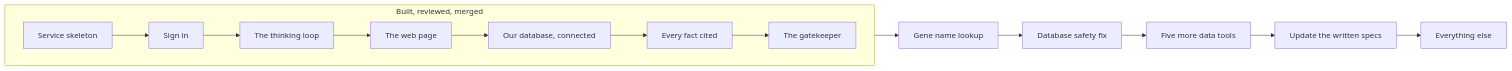
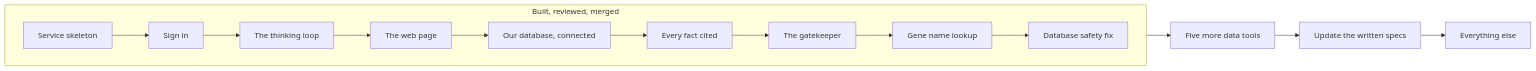
Before and after one commit to monideep2255/agentic-search-ui: the second of 2 diagrams in PROGRESS.md, drawn with Mermaid. The commit also changed other lines of this file and 8 other files, not shown here.

````diff
--- a/PROGRESS.md
+++ b/PROGRESS.md
@@ -93,17 +97,17 @@
 ```mermaid
 flowchart LR
     subgraph Built["Built, reviewed, merged"]
         direction LR
         A[Service skeleton] --> B[Sign in]
         B --> C[The thinking loop]
         C --> D[The web page]
         D --> E[Our database, connected]
         E --> F[Every fact cited]
         F --> G[The gatekeeper]
+        G --> H[Gene name lookup]
+        H --> I[Database safety fix]
     end
-    G --> H[Gene name lookup]
-    H --> I[Database safety fix]
     I --> J[Five more data tools]
     J --> K[Update the written specs]
     K --> L[Everything else]
 ```
````
